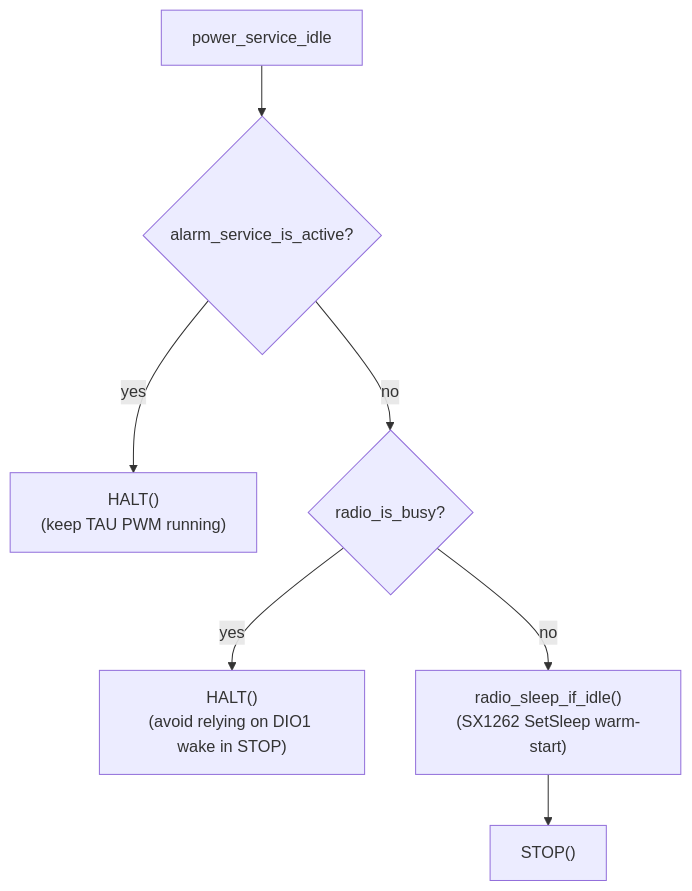
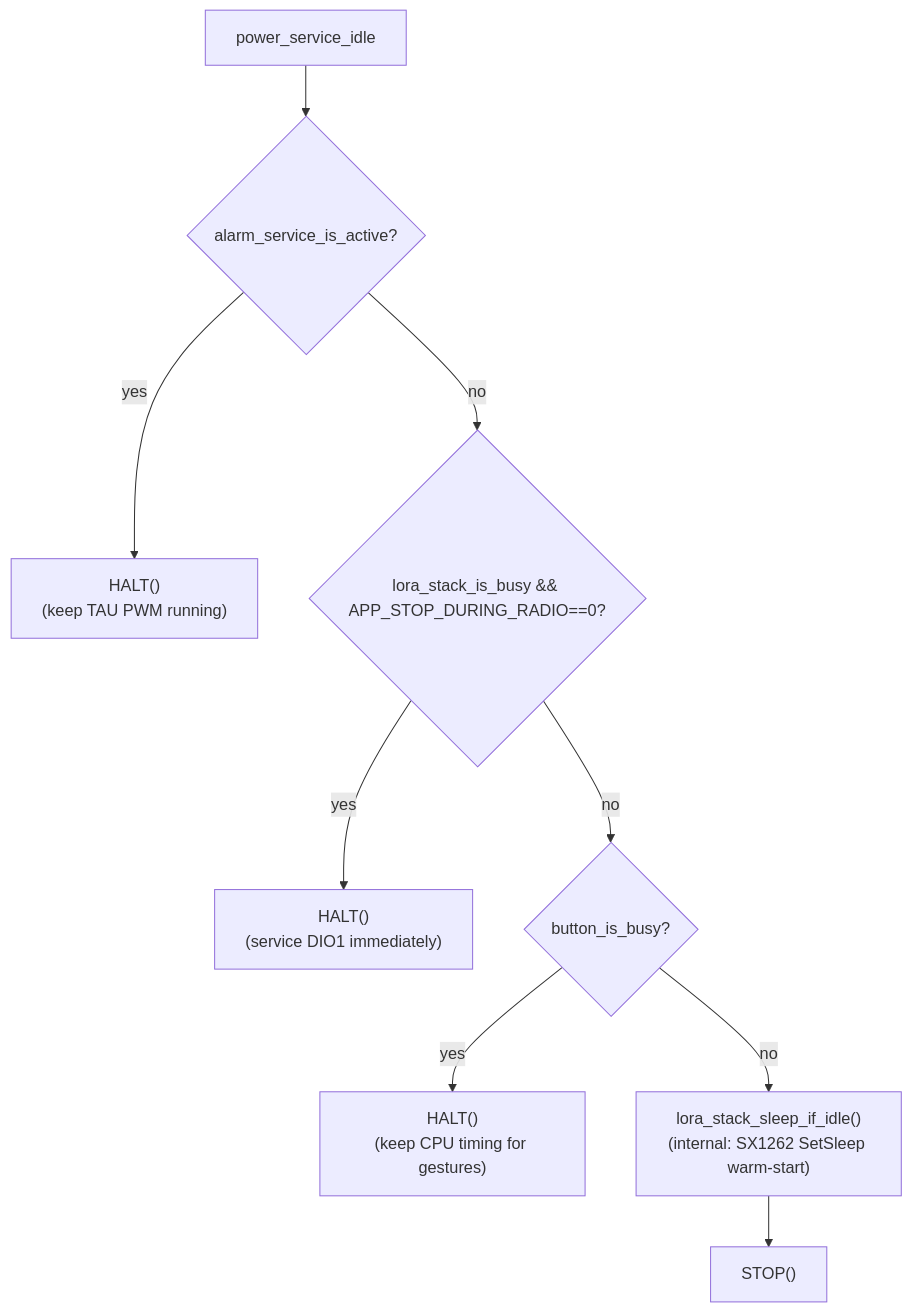
The eighth of 8 diagrams in EMIC_LORA_PROTOCOL/docs/layer_call_flow.md (vuvantruong120896/emic_lora_protocol), drawn with Mermaid before and after one commit. The commit also changed other lines of this file and 79 other files, not shown here.

````diff
--- a/EMIC_LORA_PROTOCOL/docs/layer_call_flow.md
+++ b/EMIC_LORA_PROTOCOL/docs/layer_call_flow.md
@@ -303,9 +343,11 @@
 ```mermaid
 flowchart TD
   IDLE[power_service_idle] --> A{alarm_service_is_active?}
   A -- yes --> H1["HALT()<br/>(keep TAU PWM running)"]
-  A -- no --> B{radio_is_busy?}
-  B -- yes --> H2["HALT()<br/>(avoid relying on DIO1 wake in STOP)"]
-  B -- no --> RS["radio_sleep_if_idle()<br/>(SX1262 SetSleep warm-start)"]
+  A -- no --> B{lora_stack_is_busy && APP_STOP_DURING_RADIO==0?}
+  B -- yes --> H2["HALT()<br/>(service DIO1 immediately)"]
+  B -- no --> C{button_is_busy?}
+  C -- yes --> H3["HALT()<br/>(keep CPU timing for gestures)"]
+  C -- no --> RS["lora_stack_sleep_if_idle()<br/>(internal: SX1262 SetSleep warm-start)"]
   RS --> S["STOP()"]
 ```
````
